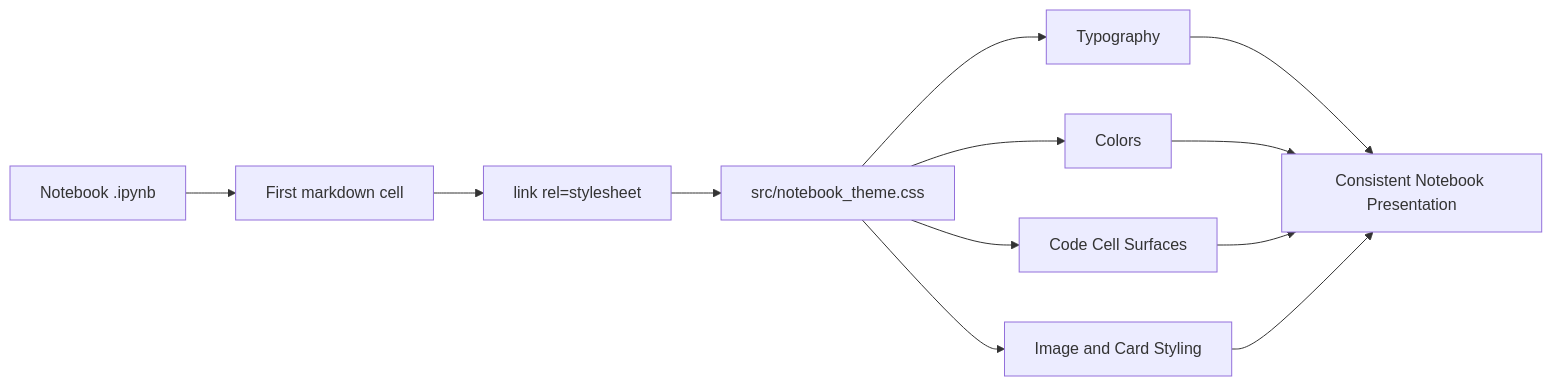
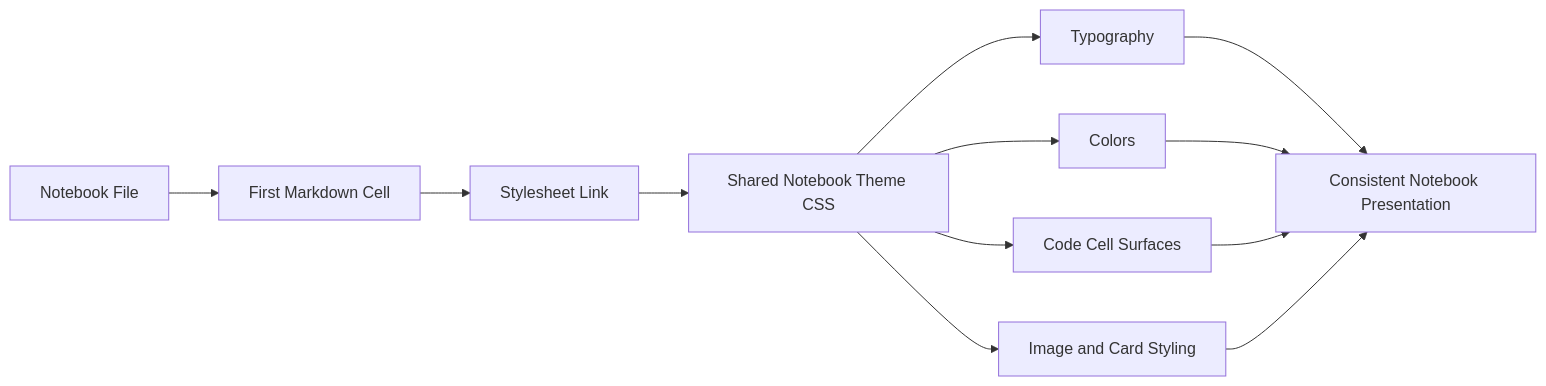
One commit to khab40/nebius-llm-architectures-module-2 changed the diagram in docs/architecture/05-notebook-presentation-layer.md. Above: the diagram before and after it, drawn with Mermaid. The commit also changed 2 other files, not shown here.

Commit message:
Fix Mermaid diagrams for GitHub rendering

````diff
--- a/docs/architecture/05-notebook-presentation-layer.md
+++ b/docs/architecture/05-notebook-presentation-layer.md
@@ -11,14 +11,14 @@
 ```mermaid
 flowchart LR
-    A[Notebook .ipynb] --> B[First markdown cell]
-    B --> C[link rel=stylesheet]
-    C --> D[src/notebook_theme.css]
+    A[Notebook File] --> B[First Markdown Cell]
+    B --> C[Stylesheet Link]
+    C --> D[Shared Notebook Theme CSS]
     D --> E[Typography]
     D --> F[Colors]
     D --> G[Code Cell Surfaces]
     D --> H[Image and Card Styling]
     E --> I[Consistent Notebook Presentation]
     F --> I
     G --> I
     H --> I
 ```
````
